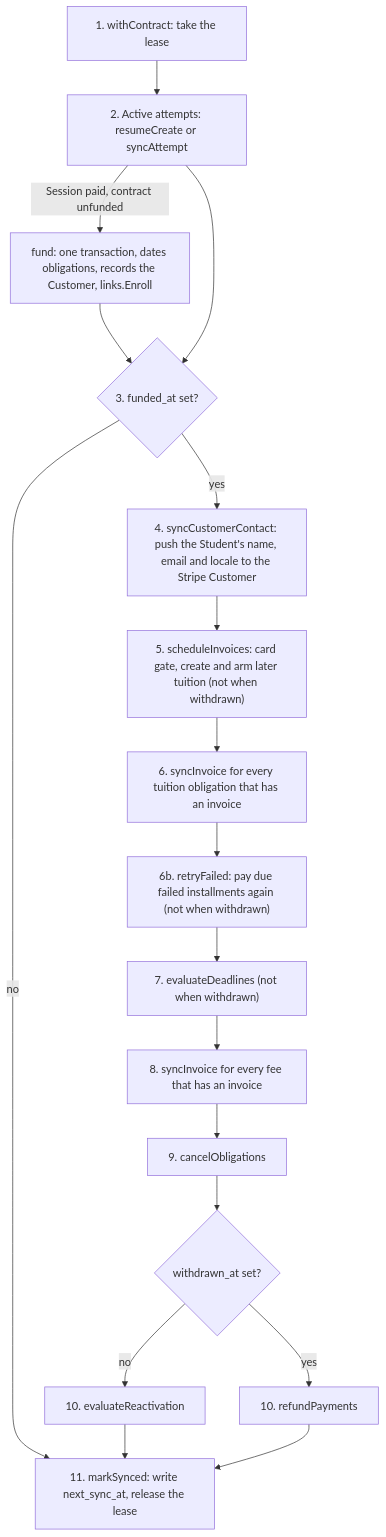
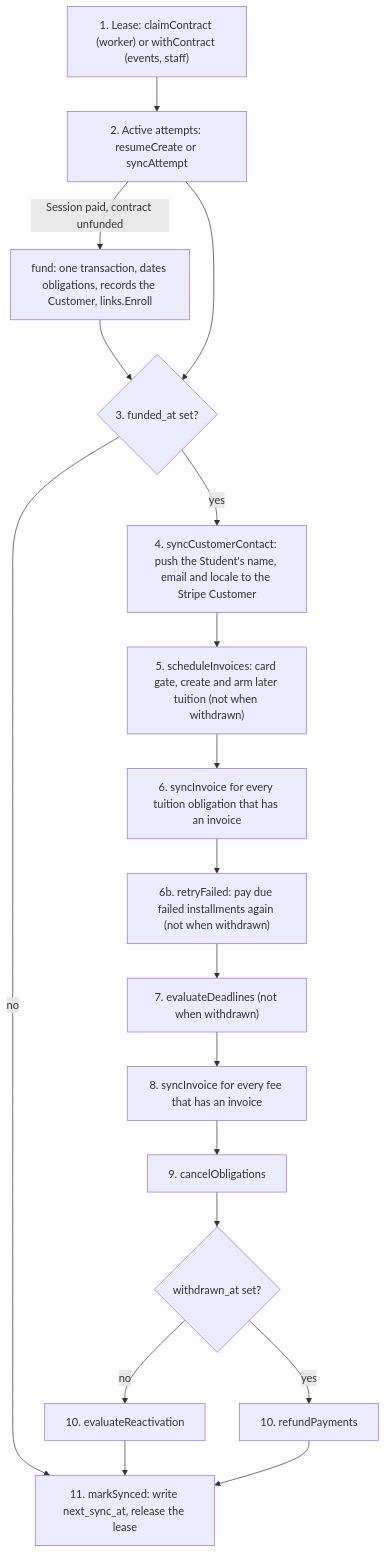
One commit to devGabriel131/ProjectHermes changed the second of 2 diagrams in docs/billing/worker.md. Above: the diagram before and after it, drawn with Mermaid. The commit also changed other lines of this file and 1 other file, not shown here.

First line of the commit message:
feat(billing): run four worker loops with per-contract SKIP LOCKED claims

````diff
--- a/docs/billing/worker.md
+++ b/docs/billing/worker.md
@@ -94,20 +94,20 @@
 ```mermaid
 flowchart TD
-    A["1. withContract: take the lease"] --> B["2. Active attempts: resumeCreate or syncAttempt"]
+    A["1. Lease: claimContract (worker) or withContract (events, staff)"] --> B["2. Active attempts: resumeCreate or syncAttempt"]
     B -->|"Session paid, contract unfunded"| F["fund: one transaction, dates obligations, records the Customer, links.Enroll"]
     F --> D
     B --> D{"3. funded_at set?"}
     D -->|"no"| K
     D -->|"yes"| C["4. syncCustomerContact: push the Student's name, email and locale to the Stripe Customer"]
     C --> E["5. scheduleInvoices: card gate, create and arm later tuition (not when withdrawn)"]
     E --> G["6. syncInvoice for every tuition obligation that has an invoice"]
     G --> R["6b. retryFailed: pay due failed installments again (not when withdrawn)"]
     R --> H["7. evaluateDeadlines (not when withdrawn)"]
     H --> L["8. syncInvoice for every fee that has an invoice"]
     L --> I["9. cancelObligations"]
     I --> X{"withdrawn_at set?"}
     X -->|"no"| J["10. evaluateReactivation"]
     X -->|"yes"| Y["10. refundPayments"]
     J --> K["11. markSynced: write next_sync_at, release the lease"]
     Y --> K
 ```
````
